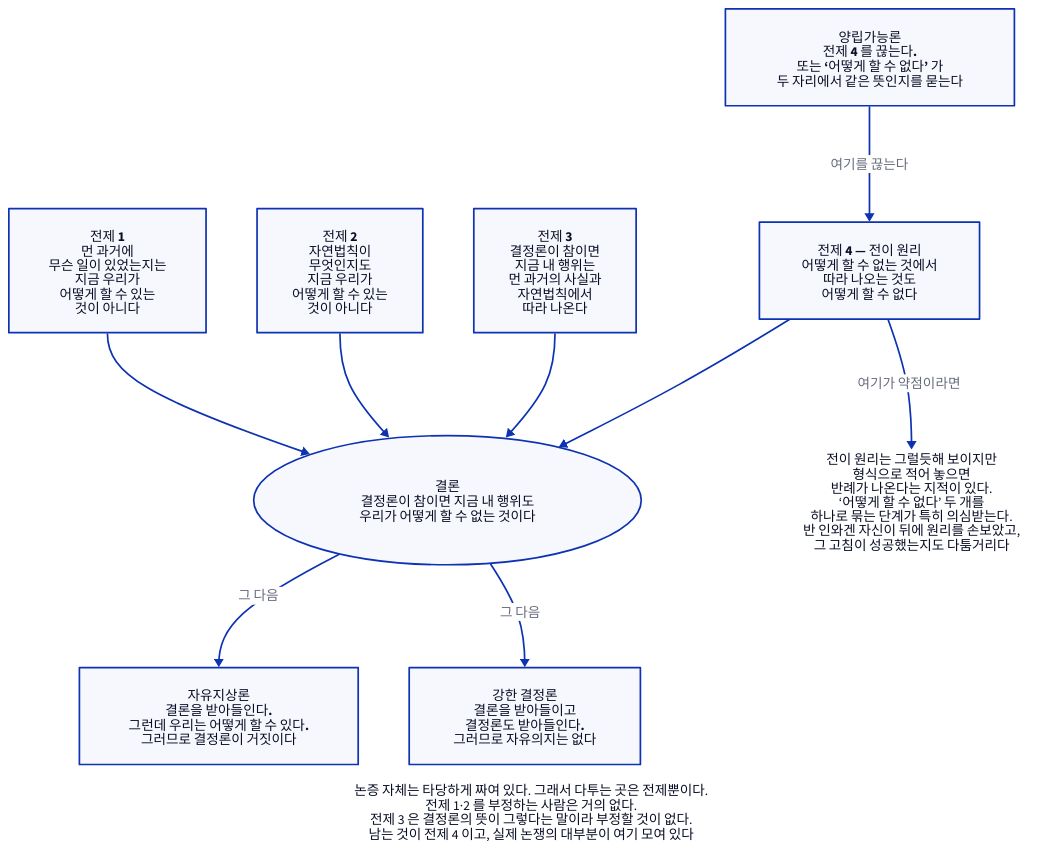
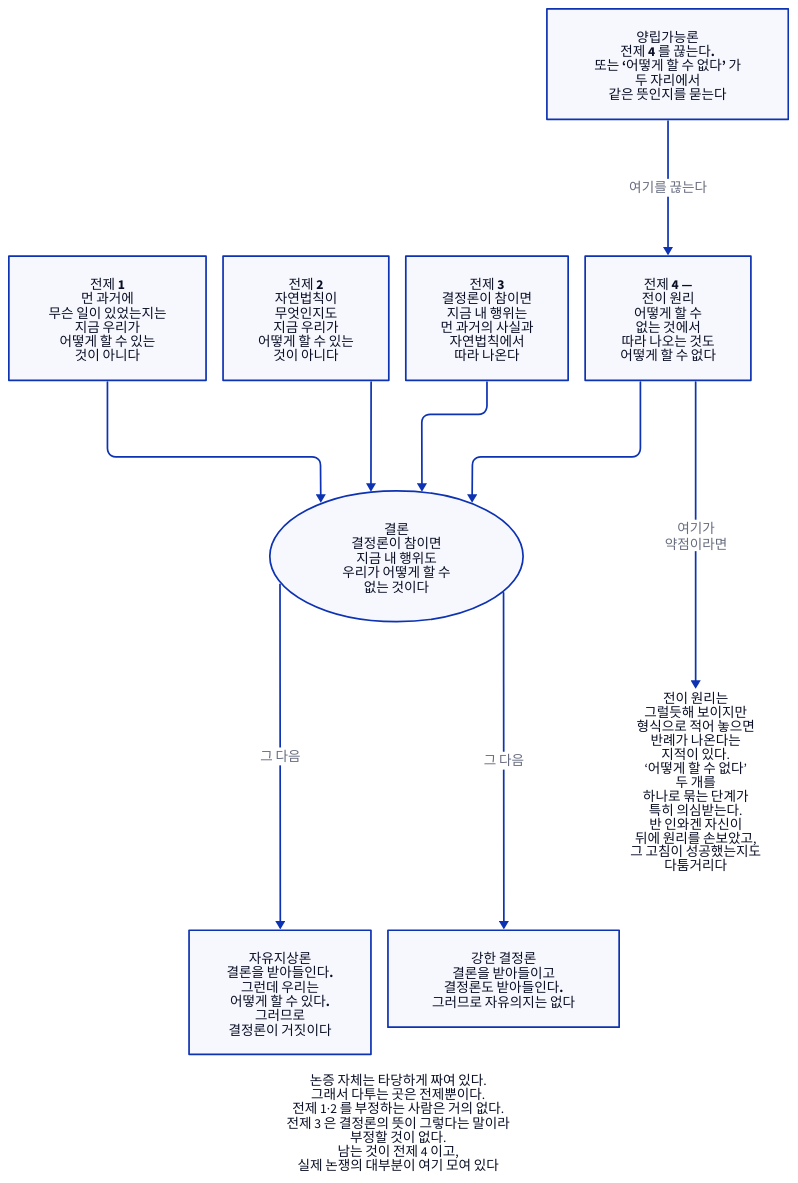
Before and after one commit to Dong-gi/Dong-gi.github.io: the diagram in d2/philosophy/phi-f-consequence.d2, drawn with D2. The commit also changed 315 other files, not shown here.

```diff
--- a/d2/philosophy/phi-f-consequence.d2
+++ b/d2/philosophy/phi-f-consequence.d2
@@ -1,49 +1,52 @@
 # 결과 논증의 뼈대 — 철학 12장.
 #
 # 무엇을 읽어야 하나: 전제 넷이 결론 하나로 모인다. 세 입장이 갈리는 자리는
 # 이 그림 안에 다 있다. 자유지상론과 강한 결정론은 논증을 받아들이고 그 다음에서
 # 갈리며, 양립가능론은 논증 안에서 전제 하나를 끊는다.
+#
+# 폭 — 전제 넷과 메모들의 긴 줄을 좁게 접고 ELK 로 붙였다.
+vars: { d2-config: { layout-engine: elk } }
 direction: down
 
 p1: { label: "전제 1\n먼 과거에\n무슨 일이 있었는지는\n지금 우리가\n어떻게 할 수 있는\n것이 아니다" }
 p2: { label: "전제 2\n자연법칙이\n무엇인지도\n지금 우리가\n어떻게 할 수 있는\n것이 아니다" }
 p3: { label: "전제 3\n결정론이 참이면\n지금 내 행위는\n먼 과거의 사실과\n자연법칙에서\n따라 나온다" }
 p4: {
-  label: "전제 4 — 전이 원리\n어떻게 할 수 없는 것에서\n따라 나오는 것도\n어떻게 할 수 없다"
+  label: "전제 4 —\n전이 원리\n어떻게 할 수\n없는 것에서\n따라 나오는 것도\n어떻게 할 수 없다"
   style.bold: true
 }
 
 c: {
-  label: "결론\n결정론이 참이면 지금 내 행위도\n우리가 어떻게 할 수 없는 것이다"
+  label: "결론\n결정론이 참이면\n지금 내 행위도\n우리가 어떻게 할 수\n없는 것이다"
   shape: oval
   style.bold: true
 }
 
 p1 -> c
 p2 -> c
 p3 -> c
 p4 -> c
 
-자유지상론: { label: "자유지상론\n결론을 받아들인다.\n그런데 우리는 어떻게 할 수 있다.\n그러므로 결정론이 거짓이다" }
+자유지상론: { label: "자유지상론\n결론을 받아들인다.\n그런데 우리는\n어떻게 할 수 있다.\n그러므로\n결정론이 거짓이다" }
 강한결정론: { label: "강한 결정론\n결론을 받아들이고\n결정론도 받아들인다.\n그러므로 자유의지는 없다" }
 양립가능론: {
-  label: "양립가능론\n전제 4 를 끊는다.\n또는 ‘어떻게 할 수 없다’ 가\n두 자리에서 같은 뜻인지를 묻는다"
+  label: "양립가능론\n전제 4 를 끊는다.\n또는 ‘어떻게 할 수 없다’ 가\n두 자리에서\n같은 뜻인지를 묻는다"
   style.bold: true
 }
 
 c -> 자유지상론: "그 다음"
 c -> 강한결정론: "그 다음"
 양립가능론 -> p4: "여기를 끊는다"
 
 메모: {
-  label: "논증 자체는 타당하게 짜여 있다. 그래서 다투는 곳은 전제뿐이다.\n전제 1·2 를 부정하는 사람은 거의 없다.\n전제 3 은 결정론의 뜻이 그렇다는 말이라 부정할 것이 없다.\n남는 것이 전제 4 이고, 실제 논쟁의 대부분이 여기 모여 있다"
+  label: "논증 자체는 타당하게 짜여 있다.\n그래서 다투는 곳은 전제뿐이다.\n전제 1·2 를 부정하는 사람은 거의 없다.\n전제 3 은 결정론의 뜻이 그렇다는 말이라\n부정할 것이 없다.\n남는 것이 전제 4 이고,\n실제 논쟁의 대부분이 여기 모여 있다"
   shape: text
   near: bottom-center
 }
 
 전이: {
-  label: "전이 원리는 그럴듯해 보이지만\n형식으로 적어 놓으면\n반례가 나온다는 지적이 있다.\n‘어떻게 할 수 없다’ 두 개를\n하나로 묶는 단계가 특히 의심받는다.\n반 인와겐 자신이 뒤에 원리를 손보았고,\n그 고침이 성공했는지도 다툼거리다"
+  label: "전이 원리는\n그럴듯해 보이지만\n형식으로 적어 놓으면\n반례가 나온다는\n지적이 있다.\n‘어떻게 할 수 없다’\n두 개를\n하나로 묶는 단계가\n특히 의심받는다.\n반 인와겐 자신이\n뒤에 원리를 손보았고,\n그 고침이 성공했는지도\n다툼거리다"
   shape: text
 }
 
-p4 -> 전이: "여기가 약점이라면"
+p4 -> 전이: "여기가\n약점이라면"
```
